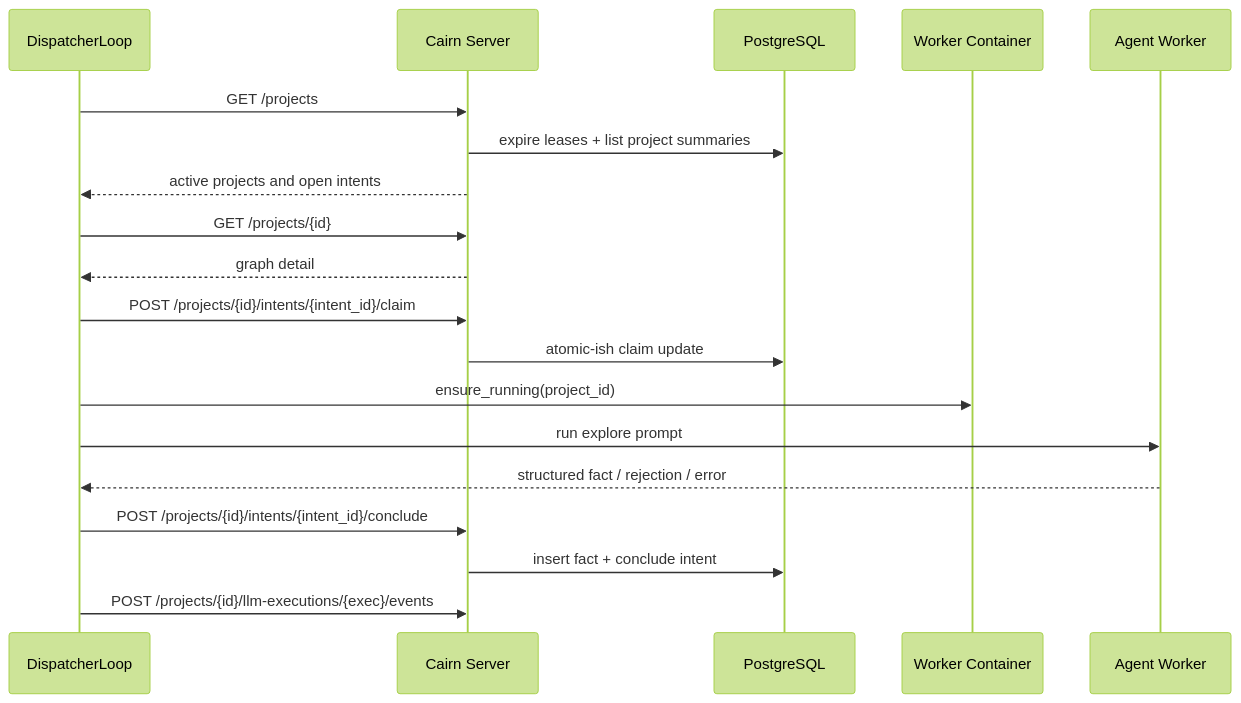
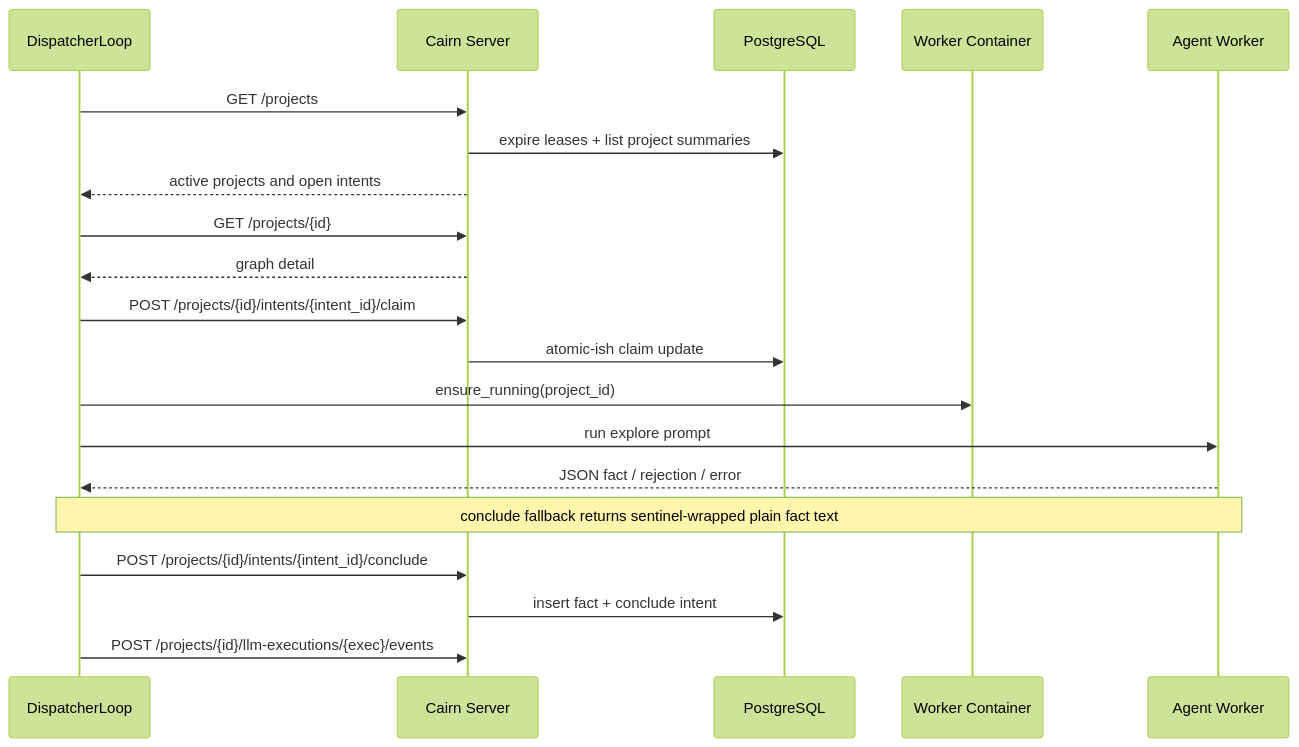
Before and after one commit to j7ur8/Cairn: the fourth of 4 diagrams in AI/ARCHITECTURE.md, drawn with Mermaid (forest theme). The commit also changed other lines of this file and 282 other files, not shown here.

````diff
--- a/AI/ARCHITECTURE.md
+++ b/AI/ARCHITECTURE.md
@@ -161,22 +169,23 @@
 ```mermaid
 sequenceDiagram
     participant D as DispatcherLoop
     participant S as Cairn Server
     participant DB as PostgreSQL
     participant C as Worker Container
     participant W as Agent Worker
 
     D->>S: GET /projects
     S->>DB: expire leases + list project summaries
     S-->>D: active projects and open intents
     D->>S: GET /projects/{id}
     S-->>D: graph detail
     D->>S: POST /projects/{id}/intents/{intent_id}/claim
     S->>DB: atomic-ish claim update
     D->>C: ensure_running(project_id)
     D->>W: run explore prompt
-    W-->>D: structured fact / rejection / error
+    W-->>D: JSON fact / rejection / error
+    Note over D,W: conclude fallback returns sentinel-wrapped plain fact text
     D->>S: POST /projects/{id}/intents/{intent_id}/conclude
     S->>DB: insert fact + conclude intent
     D->>S: POST /projects/{id}/llm-executions/{exec}/events
 ```
````
